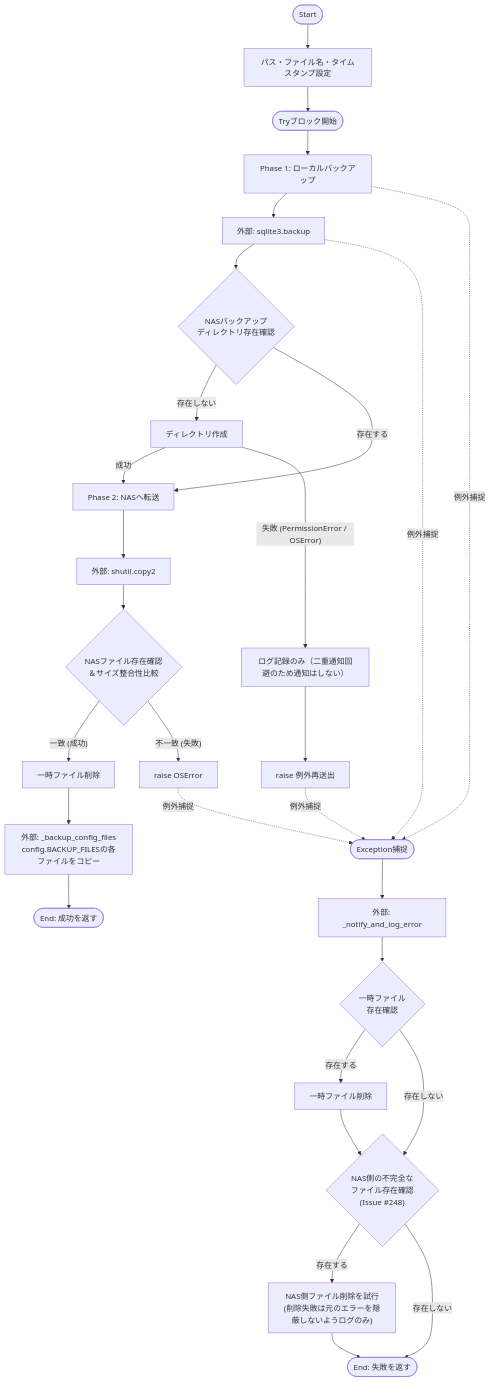
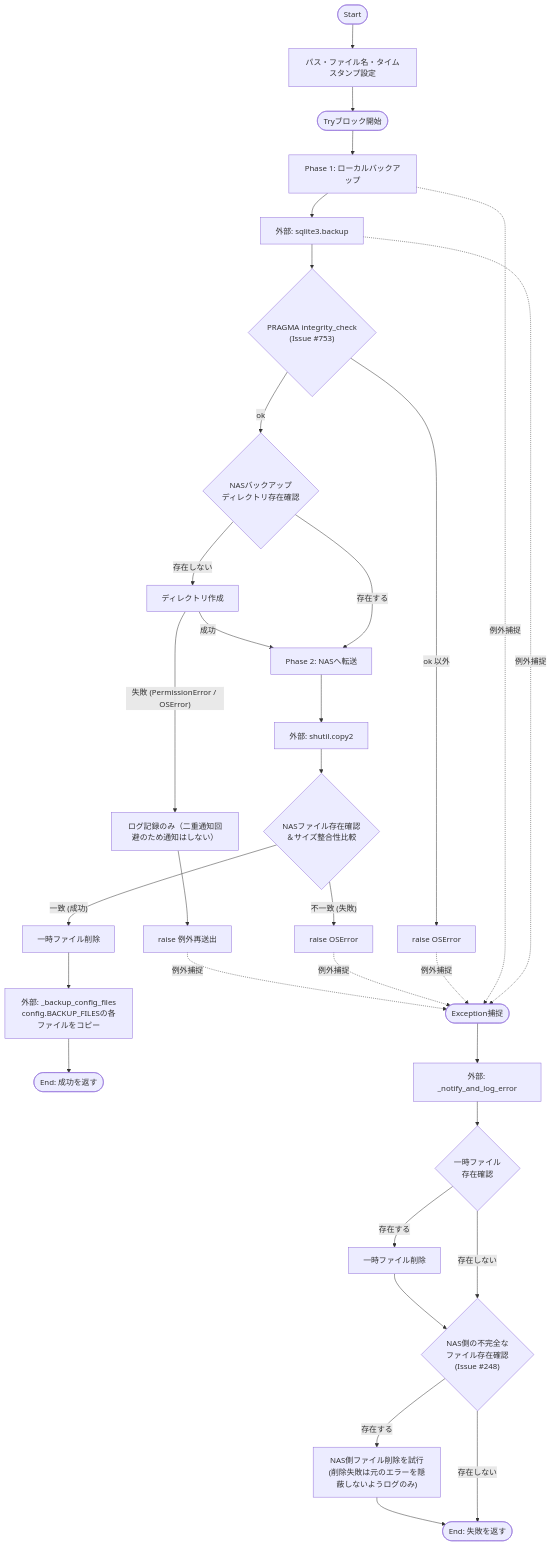
Before and after one commit to mmtigers/my_python_project: the first of 2 diagrams in docs/specifications/MY_HOME_SYSTEM/backup_service.md, drawn with Mermaid. The commit also changed other lines of this file and 12 other files, not shown here.

````diff
--- a/docs/specifications/MY_HOME_SYSTEM/backup_service.md
+++ b/docs/specifications/MY_HOME_SYSTEM/backup_service.md
@@ -147,39 +155,42 @@
 ```mermaid
 flowchart TD
   Start([Start]) --> Init[パス・ファイル名・タイムスタンプ設定]
   Init --> TryStart([Tryブロック開始])
 
   TryStart --> Phase1[Phase 1: ローカルバックアップ]
   Phase1 --> SQLiteBackup[外部: sqlite3.backup]
-  SQLiteBackup --> CheckNASDir{NASバックアップ\nディレクトリ存在確認}
+  SQLiteBackup --> Verify{"PRAGMA integrity_check\n(Issue #753)"}
+  Verify -- "ok 以外" --> RaiseIntegrity[raise OSError]
+  Verify -- ok --> CheckNASDir{NASバックアップ\nディレクトリ存在確認}
 
   CheckNASDir -- 存在しない --> TryCreateDir[ディレクトリ作成]
   TryCreateDir -- 成功 --> CopyNAS
   TryCreateDir -- "失敗 (PermissionError / OSError)" --> LogDirErr["ログ記録のみ（二重通知回避のため通知はしない）"]
   LogDirErr --> RaiseDirErr[raise 例外再送出]
 
   CheckNASDir -- 存在する --> CopyNAS[Phase 2: NASへ転送]
   CopyNAS --> ShutilCopy[外部: shutil.copy2]
 
   ShutilCopy --> Validate{NASファイル存在確認\n＆サイズ整合性比較}
   Validate -- "一致 (成功)" --> RemoveTempSuccess[一時ファイル削除]
   RemoveTempSuccess --> BackupConfigFiles[外部: _backup_config_files\nconfig.BACKUP_FILESの各ファイルをコピー]
   BackupConfigFiles --> ReturnSuccess([End: 成功を返す])
 
   Validate -- "不一致 (失敗)" --> RaiseOSError[raise OSError]
 
   RaiseDirErr -. "例外捕捉" .-> GlobalCatch
   RaiseOSError -. "例外捕捉" .-> GlobalCatch
+  RaiseIntegrity -. "例外捕捉" .-> GlobalCatch
   Phase1 -. "例外捕捉" .-> GlobalCatch
   SQLiteBackup -. "例外捕捉" .-> GlobalCatch
 
   GlobalCatch([Exception捕捉]) --> NotifyError[外部: _notify_and_log_error]
   NotifyError --> CheckTemp{一時ファイル\n存在確認}
   CheckTemp -- 存在する --> RemoveTempFail[一時ファイル削除]
   RemoveTempFail --> CheckNasPartial
   CheckTemp -- 存在しない --> CheckNasPartial{"NAS側の不完全な\nファイル存在確認\n(Issue #248)"}
   CheckNasPartial -- 存在する --> RemoveNasPartial["NAS側ファイル削除を試行\n(削除失敗は元のエラーを隠蔽しないようログのみ)"]
   RemoveNasPartial --> ReturnFail([End: 失敗を返す])
   CheckNasPartial -- 存在しない --> ReturnFail
 
 ```
````
